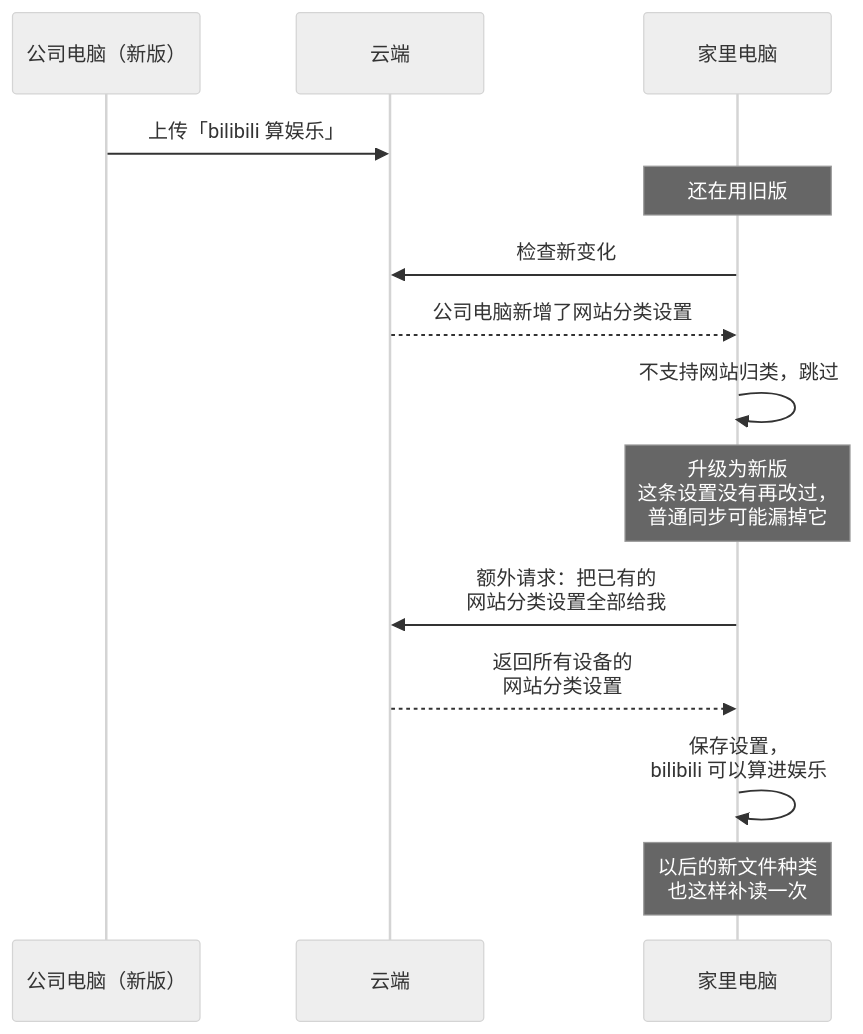
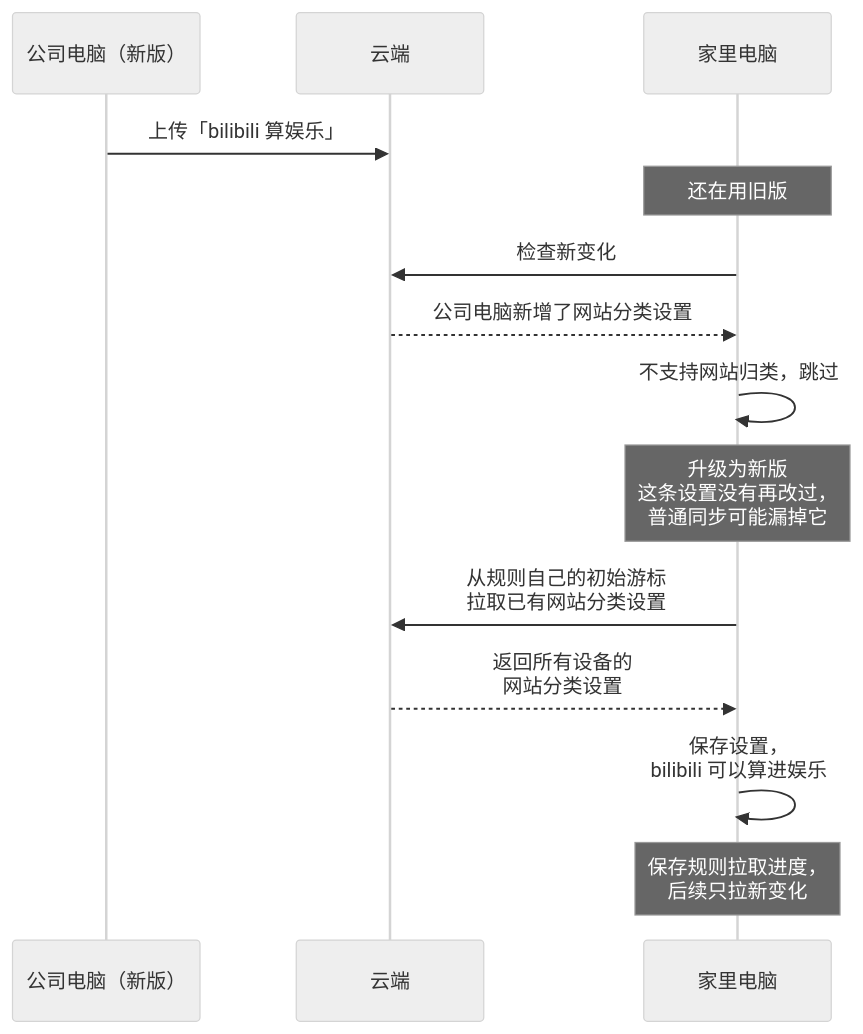
The second of 2 diagrams in docs/adr/zh/0013-site-category-rules.md (Tomotsugu-dev/Hindsight), drawn with Mermaid (neutral theme) before and after one commit. The commit also changed other lines of this file and 1 other file, not shown here.

````diff
--- a/docs/adr/zh/0013-site-category-rules.md
+++ b/docs/adr/zh/0013-site-category-rules.md
@@ -49,17 +49,17 @@
 ```mermaid
 sequenceDiagram
     participant W as 公司电脑（新版）
     participant S as 云端
     participant H as 家里电脑
 
     W->>S: 上传「bilibili 算娱乐」
     Note over H: 还在用旧版
     H->>S: 检查新变化
     S-->>H: 公司电脑新增了网站分类设置
     H->>H: 不支持网站归类，跳过
     Note over H: 升级为新版<br/>这条设置没有再改过，<br/>普通同步可能漏掉它
-    H->>S: 额外请求：把已有的<br/>网站分类设置全部给我
+    H->>S: 从规则自己的初始游标<br/>拉取已有网站分类设置
     S-->>H: 返回所有设备的<br/>网站分类设置
     H->>H: 保存设置，<br/>bilibili 可以算进娱乐
-    Note over H: 以后的新文件种类<br/>也这样补读一次
+    Note over H: 保存规则拉取进度，<br/>后续只拉新变化
 ```
````
